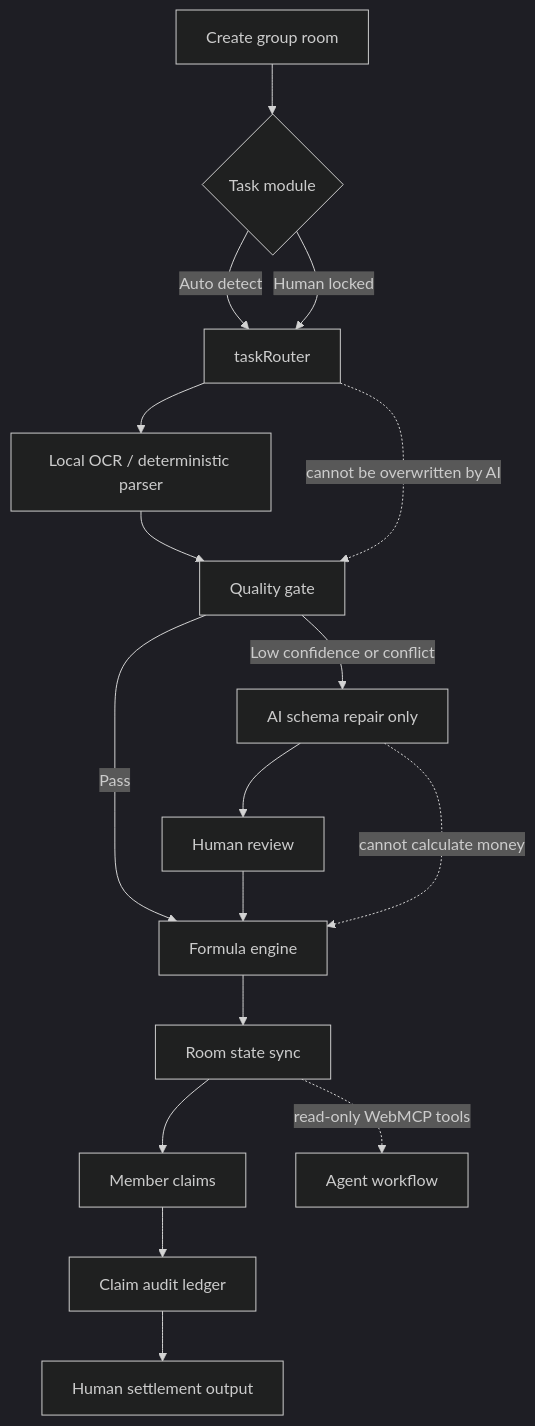
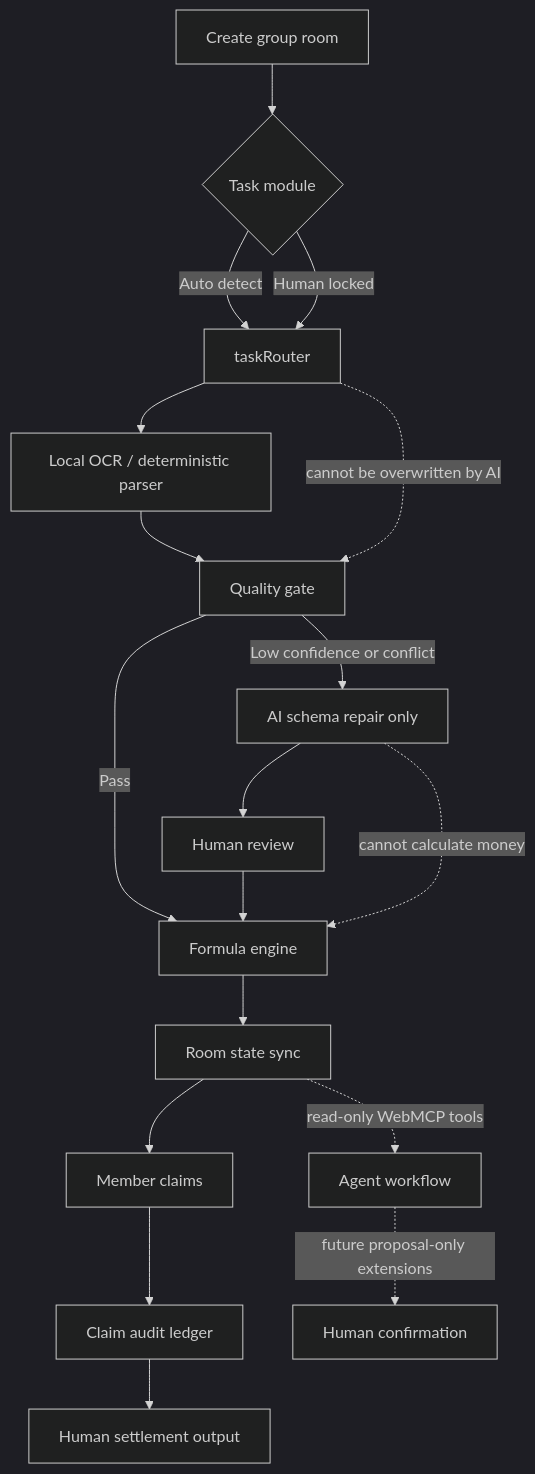
One commit to jiarong0423/shared-room-mcp changed the diagram in README.md. Above: the diagram before and after it, drawn with Mermaid (dark theme). The commit also changed other lines of this file, not shown here.

````diff
--- a/README.md
+++ b/README.md
@@ -67,19 +109,20 @@
 ```mermaid
 flowchart TD
   A[Create group room] --> B{Task module}
   B -->|Auto detect| C[taskRouter]
   B -->|Human locked| C
   C --> D[Local OCR / deterministic parser]
   D --> E[Quality gate]
   E -->|Pass| F[Formula engine]
   E -->|Low confidence or conflict| G[AI schema repair only]
   G --> H[Human review]
   H --> F
   F --> I[Room state sync]
   I --> J[Member claims]
   J --> K[Claim audit ledger]
   K --> L[Human settlement output]
   C -. cannot be overwritten by AI .-> E
   G -. cannot calculate money .-> F
   I -. read-only WebMCP tools .-> M[Agent workflow]
+  M -. future proposal-only extensions .-> N[Human confirmation]
 ```
````
